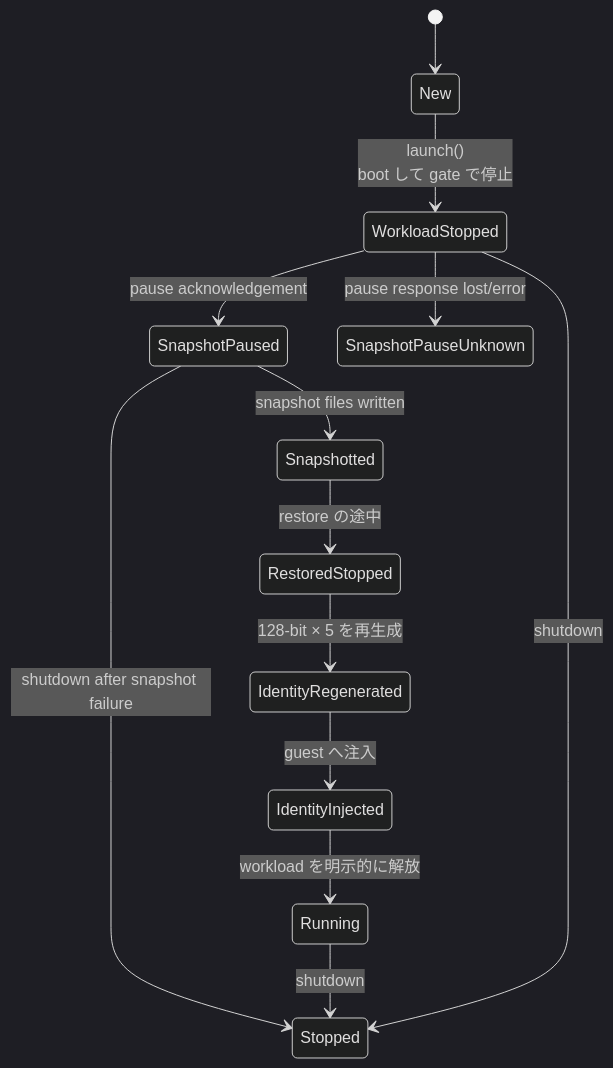
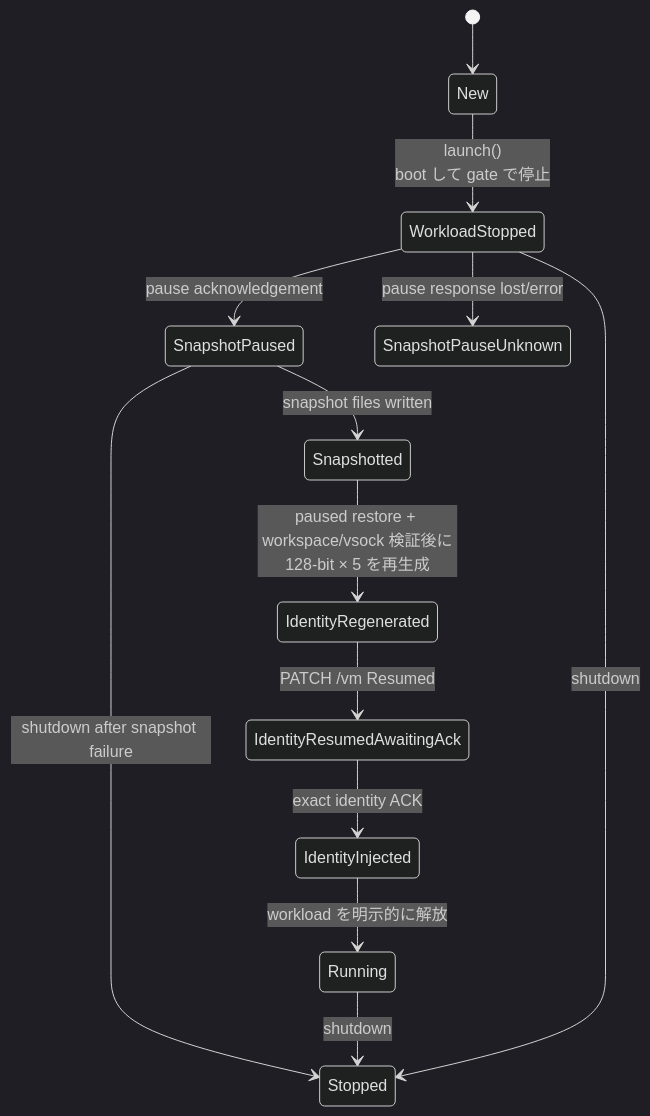
One commit to Aqua-218/SecCamp-AIAgent changed the diagram in docs/firecracker-runtime/snapshot-and-identity.md. Above: the diagram before and after it, drawn with Mermaid (dark theme). The commit also changed other lines of this file, not shown here.

````diff
--- a/docs/firecracker-runtime/snapshot-and-identity.md
+++ b/docs/firecracker-runtime/snapshot-and-identity.md
@@ -33,15 +31,15 @@
 ```mermaid
 stateDiagram-v2
     [*] --> New
     New --> WorkloadStopped: launch()<br/>boot して gate で停止
     WorkloadStopped --> SnapshotPaused: pause acknowledgement
     WorkloadStopped --> SnapshotPauseUnknown: pause response lost/error
     SnapshotPaused --> Snapshotted: snapshot files written
     SnapshotPaused --> Stopped: shutdown after snapshot failure
-    Snapshotted --> RestoredStopped: restore の途中
-    RestoredStopped --> IdentityRegenerated: 128-bit × 5 を再生成
-    IdentityRegenerated --> IdentityInjected: guest へ注入
+    Snapshotted --> IdentityRegenerated: paused restore + workspace/vsock 検証後に<br/>128-bit × 5 を再生成
+    IdentityRegenerated --> IdentityResumedAwaitingAck: PATCH /vm Resumed
+    IdentityResumedAwaitingAck --> IdentityInjected: exact identity ACK
     IdentityInjected --> Running: workload を明示的に解放
     Running --> Stopped: shutdown
     WorkloadStopped --> Stopped: shutdown
 ```
````
